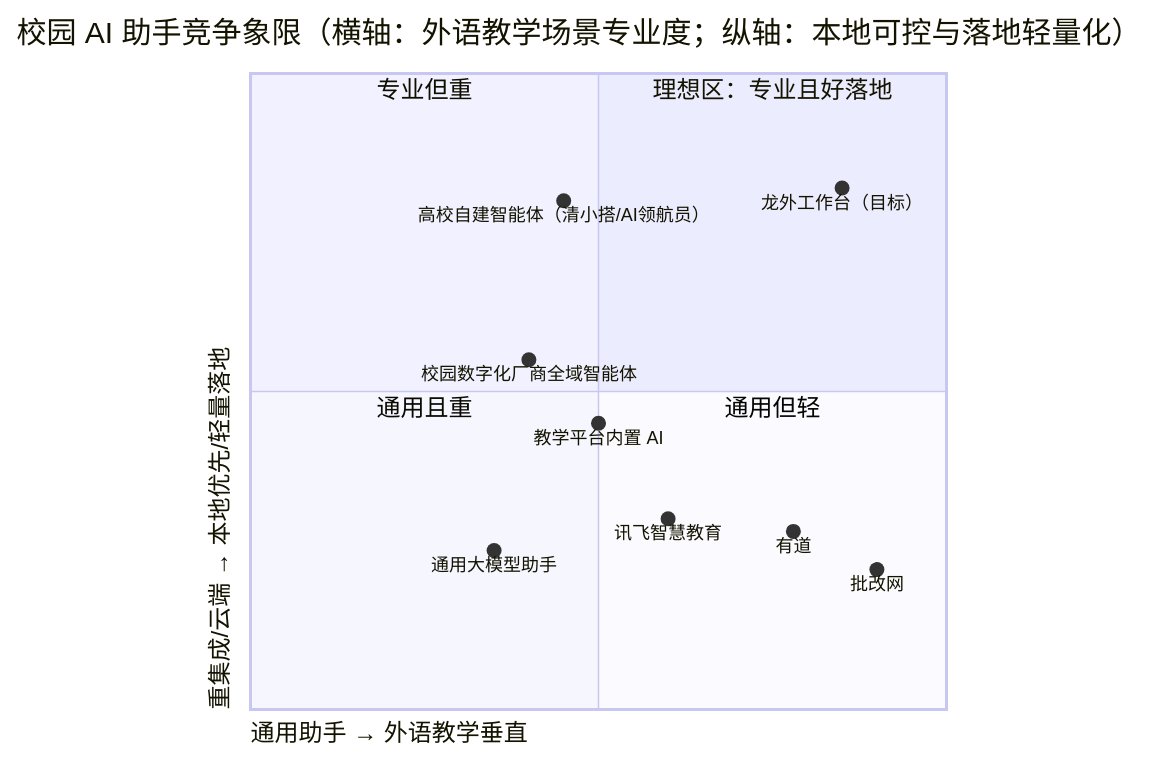
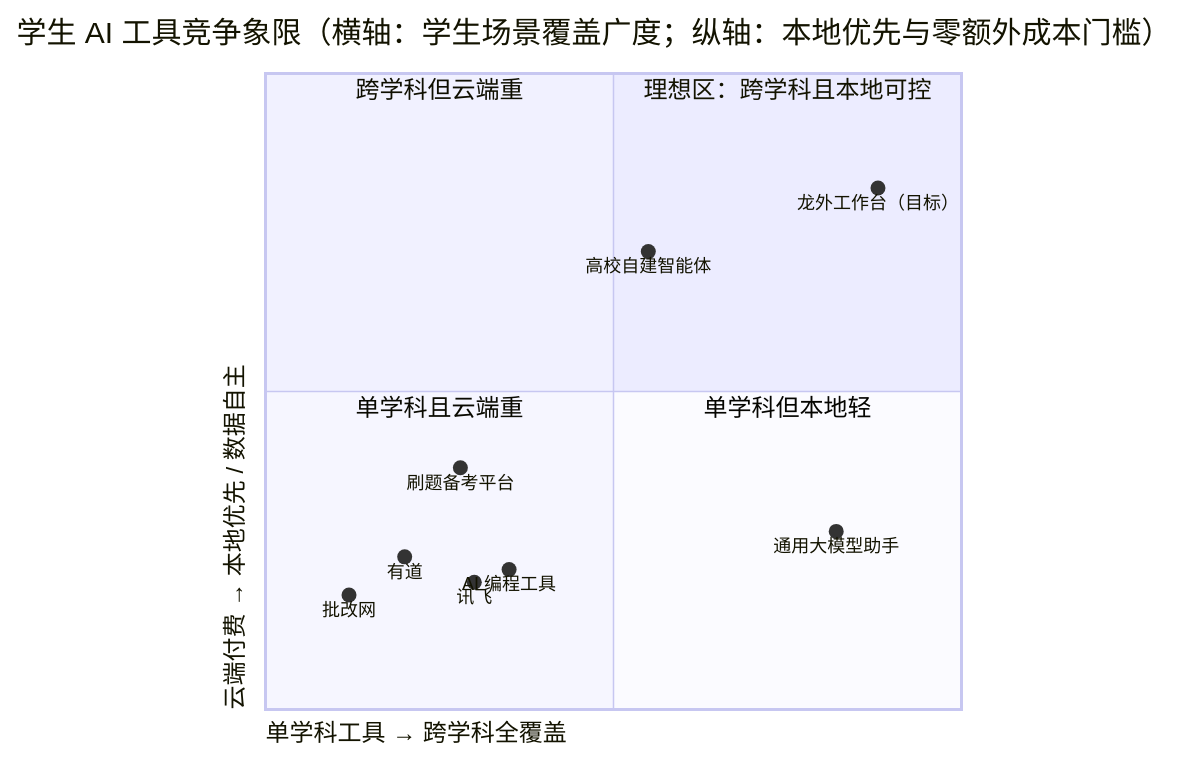
Before and after one commit to light-misty/Stealth-Study: the first of 11 diagrams in docs/PRD-龙外工作台.md, drawn with Mermaid. The commit also changed other lines of this file and 2 other files, not shown here.

````diff
--- a/docs/PRD-龙外工作台.md
+++ b/docs/PRD-龙外工作台.md
@@ -241,18 +302,18 @@
 ```mermaid
 quadrantChart
-    title 校园 AI 助手竞争象限（横轴：外语教学场景专业度；纵轴：本地可控与落地轻量化）
-    x-axis "通用助手 → 外语教学垂直"
-    y-axis "重集成/云端 → 本地优先/轻量落地"
-    quadrant-1 "理想区：专业且好落地"
-    quadrant-2 "专业但重"
-    quadrant-3 "通用且重"
-    quadrant-4 "通用但轻"
-    "龙外工作台（目标）": [0.85, 0.82]
-    "批改网": [0.90, 0.22]
-    "有道": [0.78, 0.28]
-    "高校自建智能体（清小搭/AI领航员）": [0.45, 0.80]
-    "校园数字化厂商全域智能体": [0.40, 0.55]
-    "教学平台内置 AI": [0.50, 0.45]
-    "通用大模型助手": [0.35, 0.25]
-    "讯飞智慧教育": [0.60, 0.30]
+    title 学生 AI 工具竞争象限（横轴：学生场景覆盖广度；纵轴：本地优先与零额外成本门槛）
+    x-axis "单学科工具 → 跨学科全覆盖"
+    y-axis "云端付费 → 本地优先 / 数据自主"
+    quadrant-1 "理想区：跨学科且本地可控"
+    quadrant-2 "跨学科但云端重"
+    quadrant-3 "单学科且云端重"
+    quadrant-4 "单学科但本地轻"
+    "龙外工作台（目标）": [0.88, 0.82]
+    "通用大模型助手": [0.82, 0.28]
+    "高校自建智能体": [0.55, 0.72]
+    "AI 编程工具": [0.35, 0.22]
+    "刷题备考平台": [0.28, 0.38]
+    "有道": [0.20, 0.24]
+    "讯飞": [0.30, 0.20]
+    "批改网": [0.12, 0.18]
 ```
````
